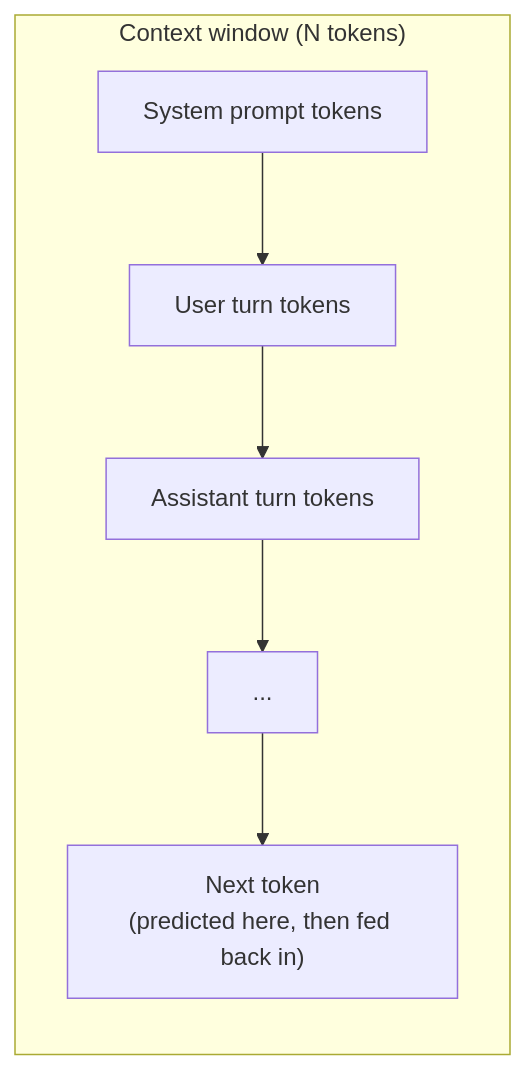
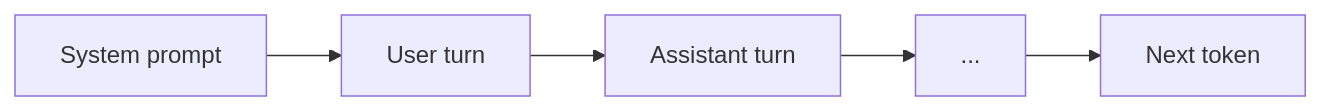
The fourth of 5 diagrams in part1/07-what-is-a-language-model.md (ml-cab/ml-for-java-minds), drawn with Mermaid before and after one commit. The commit also changed other lines of this file and 3 other files, not shown here.

````diff
--- a/part1/07-what-is-a-language-model.md
+++ b/part1/07-what-is-a-language-model.md
@@ -25,6 +93,4 @@
 ```mermaid
 flowchart LR
-    subgraph CW["Context window (N tokens)"]
-        S[System prompt tokens] --> U[User turn tokens] --> A[Assistant turn tokens] --> D["..."] --> N["Next token<br/>(predicted here, then fed back in)"]
-    end
+        S[System prompt] --> U[User turn] --> A[Assistant turn] --> D["..."] --> N["Next token"]
 ```
````
